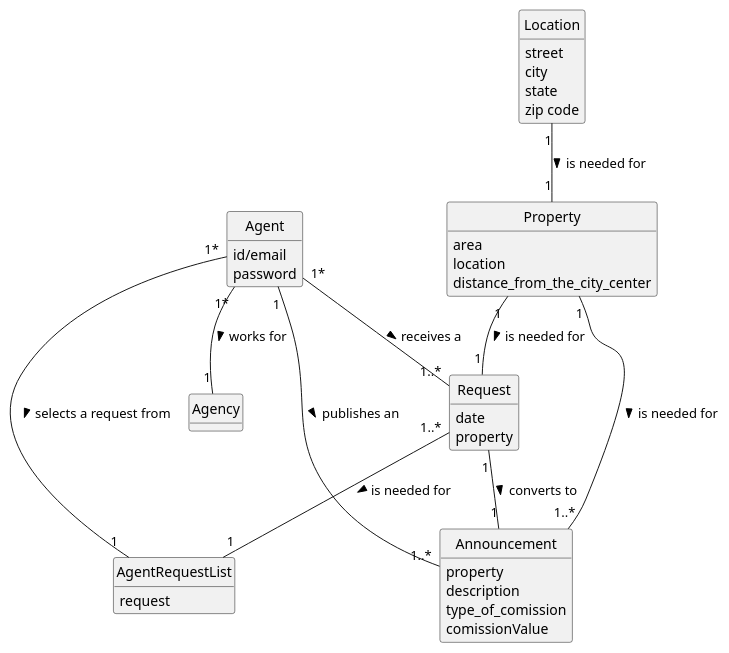
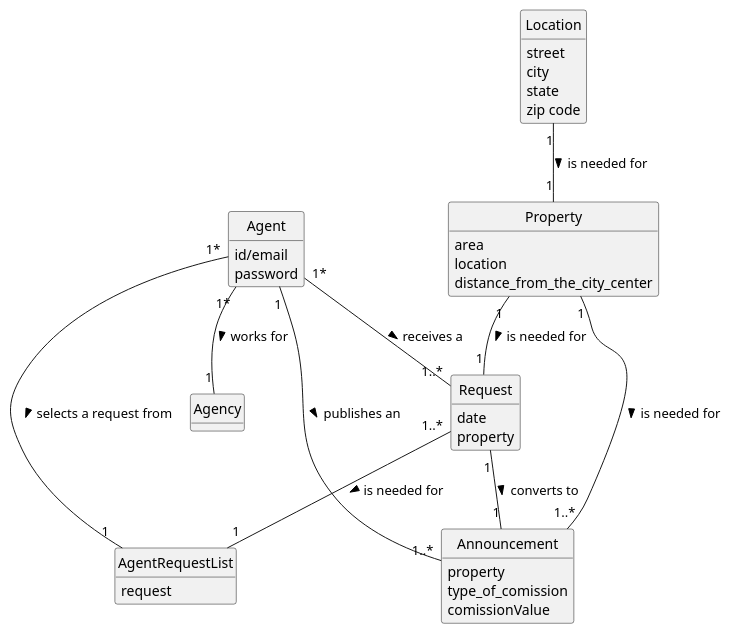
The diagram in docs/Sprint-C/US008/02.analysis/puml/us008-domain-model.puml (Rodrick0209/ISEP-LAPR2-22-23), drawn with PlantUML before and after one commit. The commit also changed 26 other files, not shown here.

Commit message:
Esoft Global Requirments : domain model,project analysis, Use case Diagram and some more upadtes. Us002 Esoft almost finished ,ssd and domain model updated.

```diff
--- a/docs/Sprint-C/US008/02.analysis/puml/us008-domain-model.puml
+++ b/docs/Sprint-C/US008/02.analysis/puml/us008-domain-model.puml
@@ -1,65 +1,64 @@
   @startuml
 skinparam packageStyle rectangle
 skinparam shadowing false
 
 'left to right direction
 
 skinparam classAttributeIconSize 0
 
 hide circle
 hide methods
 
 'title Domain Model
 
 'class Platform {
 '  -description
 '}
 
 class Agent {
 id/email
 password
 }
 
 class  AgentRequestList{
 request
 
 }
 class Request{
 date
 property
 }
 
 
 class Location{
 street
 city
 state
 zip code
 }
 
 class Property {
    area
    location
     distance_from_the_city_center
 }
 
 class Announcement {
   property
-    description
-           type_of_comission
-           comissionValue
+    type_of_comission
+    comissionValue
   }
 
 Agent "1*" -- "1" Agency : works for  >
 Agent "1*" -- "1..*" Request : receives a  >
 Agent "1*" -- "1" AgentRequestList: selects a request from >
 Property "1"-- "1..*"Announcement: is needed for  >
 Property "1"-- "1"Request: is needed for  >
 Request "1..*"-- "1"AgentRequestList: is needed for  >
 Request "1"-- "1"Announcement: converts to  >
 Location "1"--"1" Property : is needed for >
 
 Agent "1" -- "1..*" Announcement : publishes an >
 
 
 @enduml
```
